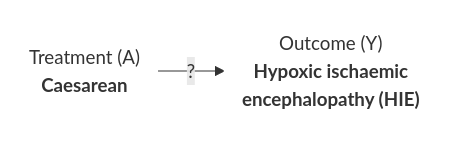
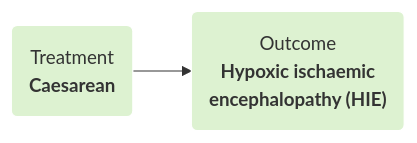
Before and after one commit to birth-outcomes/birth_outcomes_summary: the first of 21 diagrams in book_birth_outcomes_summary/design_dag_hie.md, drawn with Mermaid. The commit also changed other lines of this file and 20 other files, not shown here.

`````diff
--- a/book_birth_outcomes_summary/design_dag_hie.md
+++ b/book_birth_outcomes_summary/design_dag_hie.md
@@ -19,12 +30,12 @@
 ````{mermaid}
   flowchart LR;
 
-    A("Treatment (A)<br><b>Caesarean</b>"):::white;
-    Y("Outcome (Y)<br><b>Hypoxic ischaemic<br>encephalopathy (HIE)</b>"):::white;
+    A("Treatment<br><b>Caesarean</b>"):::green;
+    Y("Outcome<br><b>Hypoxic ischaemic<br>encephalopathy (HIE)</b>"):::green;
 
-    A -->|?| Y;
+    A --> Y;
 
     classDef white fill:#FFFFFF, stroke:#FFFFFF;
     classDef black fill:#FFFFFF, stroke:#000000;
-    classDef empty width:0px,height:0px;
+    classDef green fill:#DDF2D1, stroke: #FFFFFF;
 ````
`````
